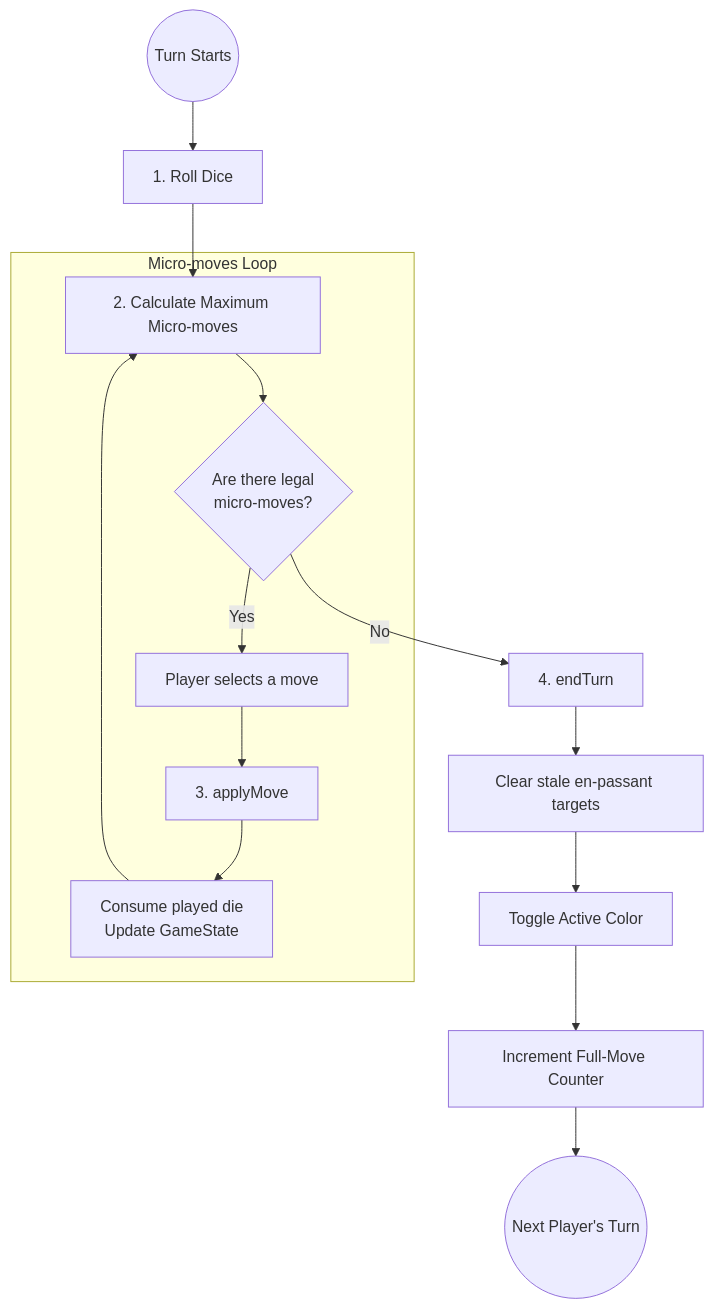
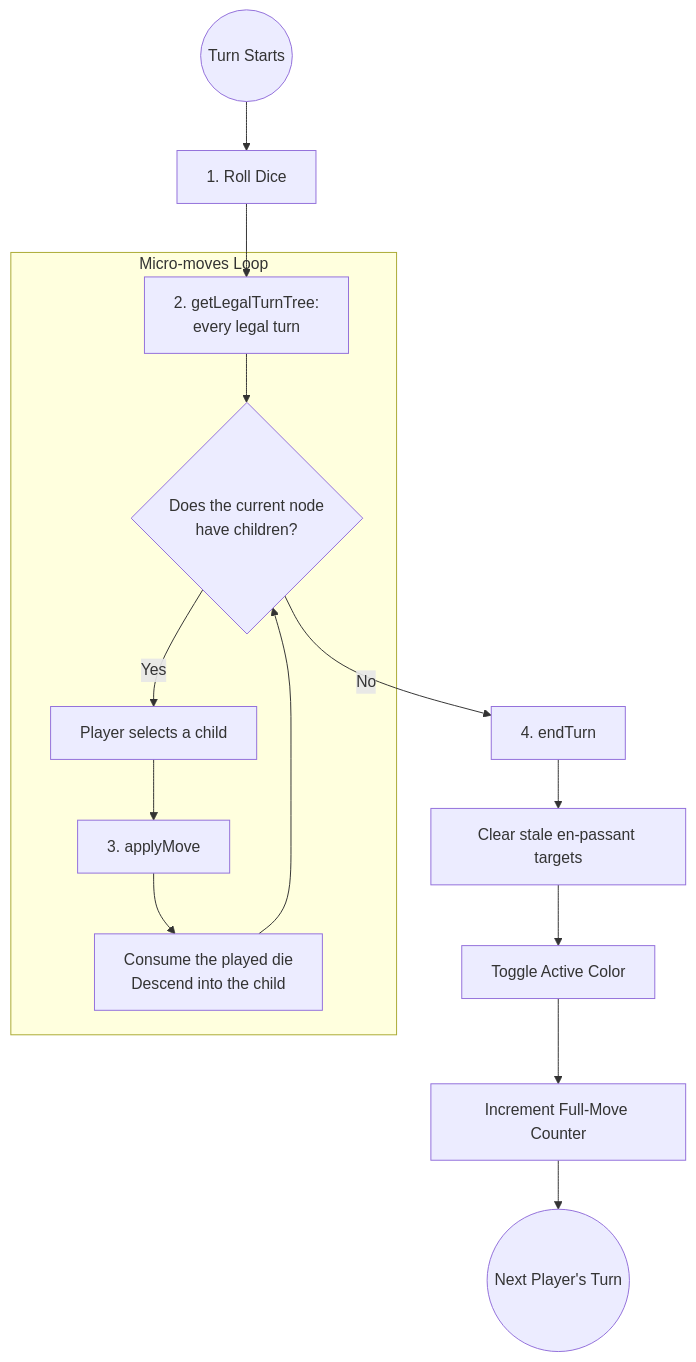
The diagram in docs/src/content/docs/architecture/turn-lifecycle.md (fortemate/dicechess-engine), drawn with Mermaid before and after one commit. The commit also changed other lines of this file and 11 other files, not shown here.

````diff
--- a/docs/src/content/docs/architecture/turn-lifecycle.md
+++ b/docs/src/content/docs/architecture/turn-lifecycle.md
@@ -14,19 +14,19 @@
 ```mermaid
 graph TD
     Start((Turn Starts)) --> Roll[1. Roll Dice]
-    Roll --> Gen[2. Calculate Maximum Micro-moves]
-    
+    Roll --> Gen[2. getLegalTurnTree:<br/>every legal turn]
+
     subgraph Micro-moves Loop
-        Gen --> Filter{Are there legal<br/>micro-moves?}
-        Filter -- Yes --> Select[Player selects a move]
+        Gen --> Filter{Does the current node<br/>have children?}
+        Filter -- Yes --> Select[Player selects a child]
         Select --> Apply[3. applyMove]
-        Apply --> UpdatePool[Consume played die<br/>Update GameState]
-        UpdatePool --> Gen
+        Apply --> UpdatePool[Consume the played die<br/>Descend into the child]
+        UpdatePool --> Filter
     end
 
     Filter -- No --> End[4. endTurn]
     End --> Clear[Clear stale en-passant targets]
     Clear --> Toggle[Toggle Active Color]
     Toggle --> Increment[Increment Full-Move Counter]
     Increment --> Next((Next Player's Turn))
 ```
````
